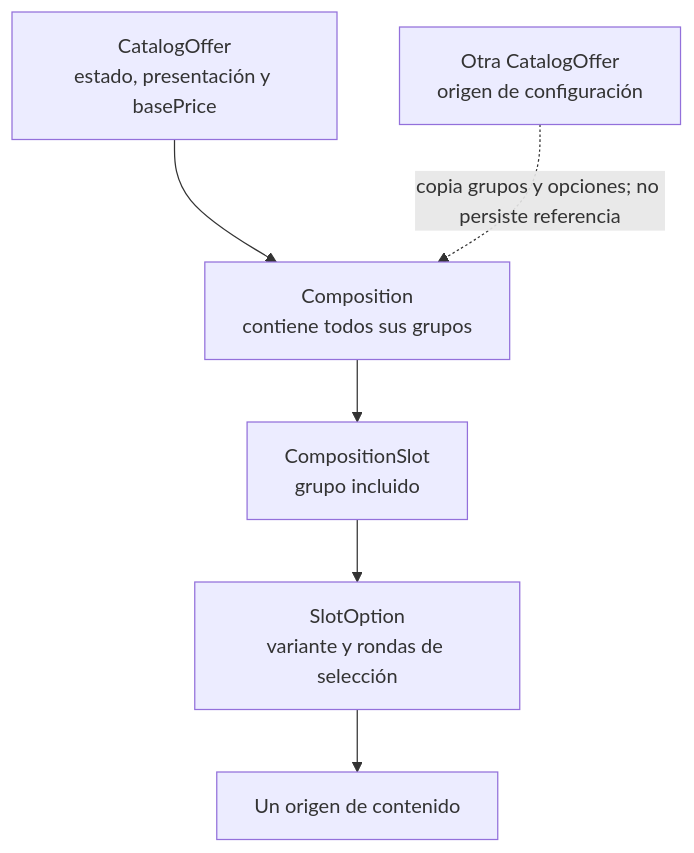
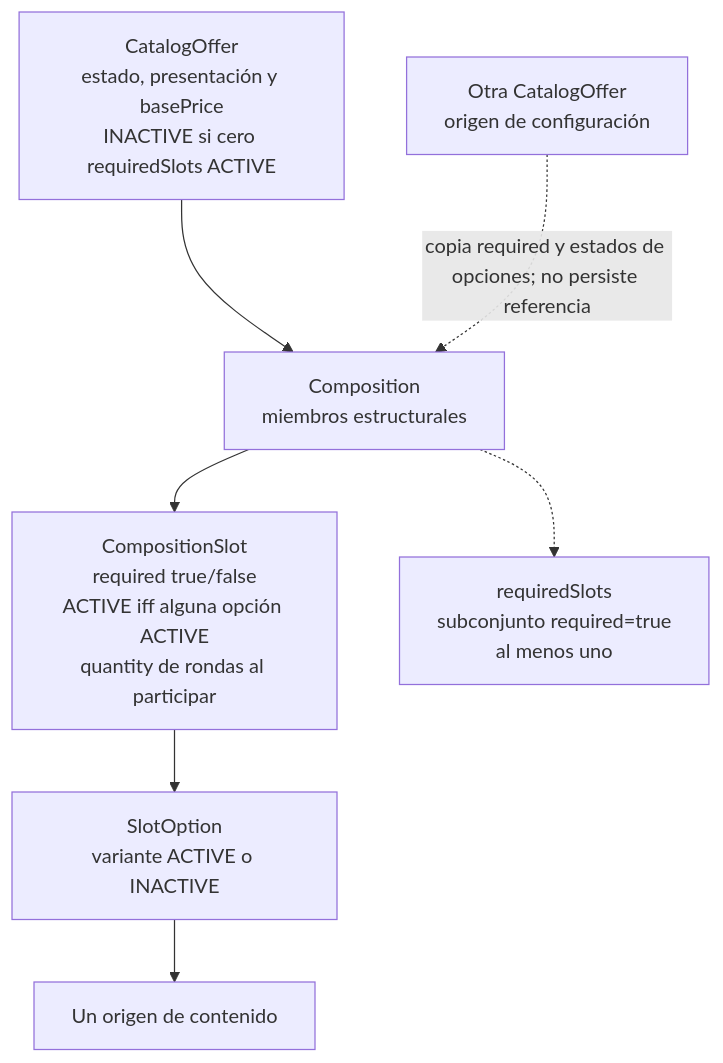
Before and after one commit to FMAT-Restaurant/Menu-Documentation: the second of 2 diagrams in docs/ers/context.md, drawn with Mermaid. The commit also changed other lines of this file and 14 other files, not shown here.

First line of the commit message:
Refine domain model documentation for CatalogEntry and CatalogOffer

````diff
--- a/docs/ers/context.md
+++ b/docs/ers/context.md
@@ -98,8 +100,9 @@
 ```mermaid
 flowchart TD
-    Offer["CatalogOffer<br/>estado, presentación y basePrice"] --> Composition["Composition<br/>contiene todos sus grupos"]
-    Composition --> Slot["CompositionSlot<br/>grupo incluido"]
-    Slot --> SlotOption["SlotOption<br/>variante y rondas de selección"]
+    Offer["CatalogOffer<br/>estado, presentación y basePrice<br/>INACTIVE si cero requiredSlots ACTIVE"] --> Composition["Composition<br/>miembros estructurales"]
+    Composition --> Slot["CompositionSlot<br/>required true/false<br/>ACTIVE iff alguna opción ACTIVE<br/>quantity de rondas al participar"]
+    Composition -.-> RequiredSlots["requiredSlots<br/>subconjunto required=true<br/>al menos uno"]
+    Slot --> SlotOption["SlotOption<br/>variante ACTIVE o INACTIVE"]
     SlotOption --> Source["Un origen de contenido"]
-    TemplateOffer["Otra CatalogOffer<br/>origen de configuración"] -. "copia grupos y opciones; no persiste referencia" .-> Composition
+    TemplateOffer["Otra CatalogOffer<br/>origen de configuración"] -. "copia required y estados de opciones; no persiste referencia" .-> Composition
 ```
````
